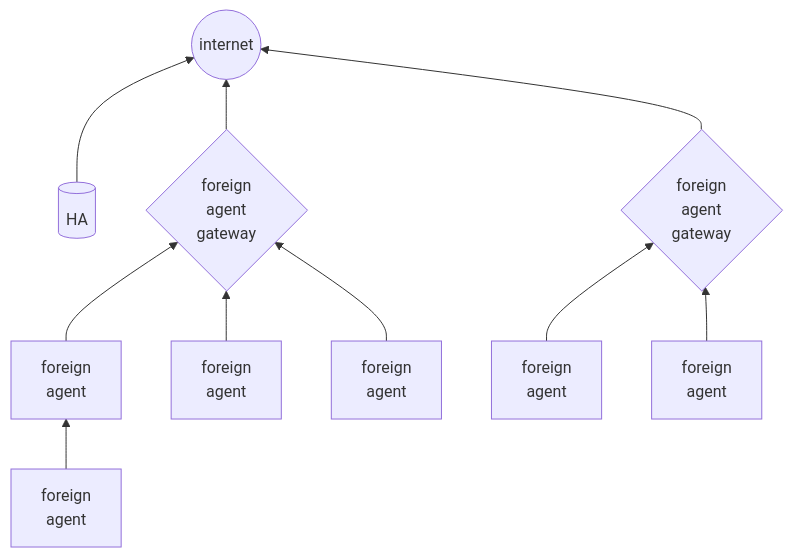
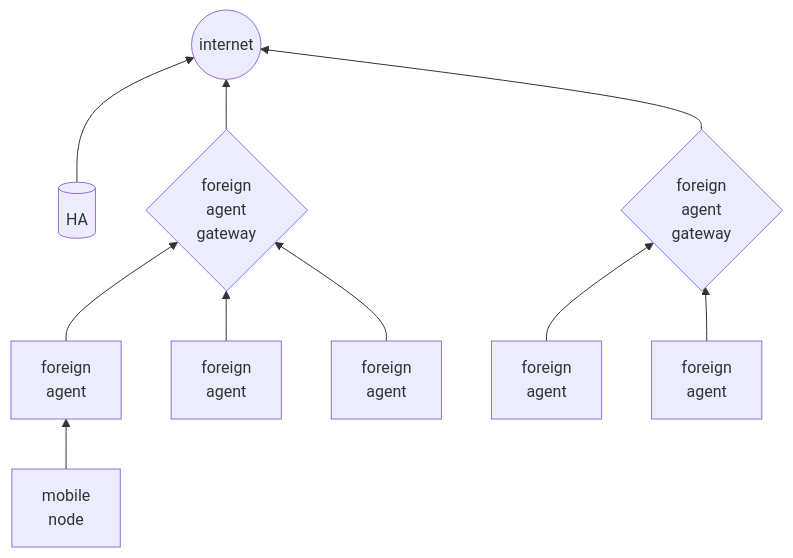
The diagram in pages/mobility/HIERARCHICAL_MOBILE_IPV6.md (carnivuth/mobile_systems), drawn with Mermaid before and after one commit.

Commit message:
fixed graph

````diff
--- a/pages/mobility/HIERARCHICAL_MOBILE_IPV6.md
+++ b/pages/mobility/HIERARCHICAL_MOBILE_IPV6.md
@@ -5,17 +5,17 @@
 ```mermaid
 flowchart BT
 A[(HA)]
 B((internet))
 C{foreign\n agent\n gateway}
 D{foreign\n agent\n gateway}
 E[foreign\n agent]
 F[foreign\n agent]
 G[foreign\n agent]
 H[foreign\n agent]
 I[foreign\n agent]
-J[foreign\n agent]
+J[mobile\n node]
 A & C & D --> B
 E & F & G --> C
 H & I --> D
 J --> E
 ```
````
